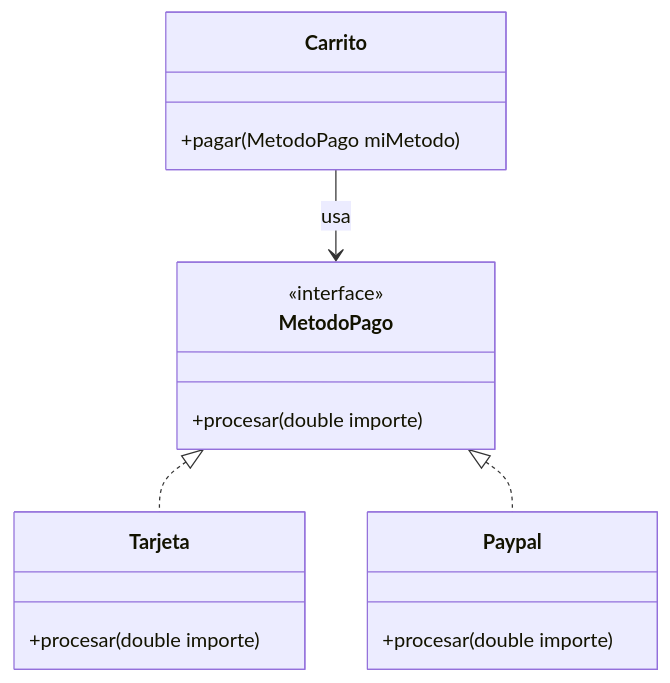
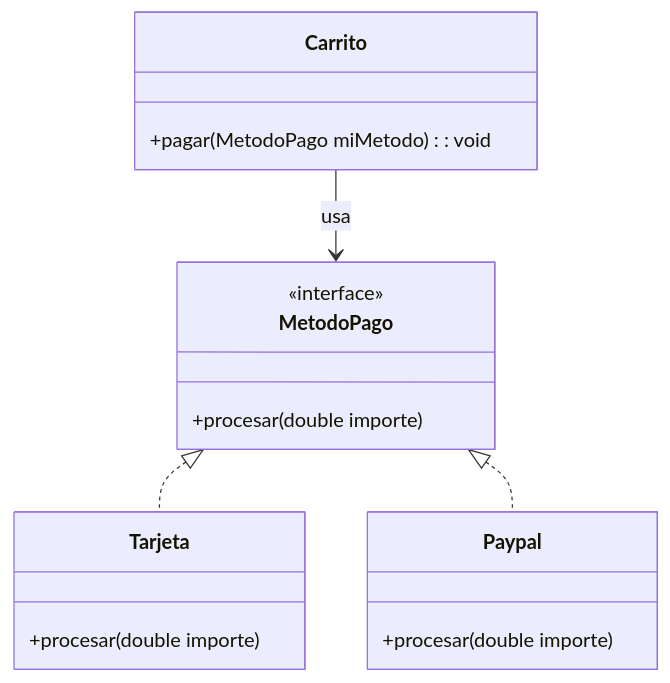
Before and after one commit to dariorumi5/6.2.BateriaDeEjercicios: the fifth of 6 diagrams in README.md, drawn with Mermaid. The commit also changed other lines of this file, not shown here.

````diff
--- a/README.md
+++ b/README.md
@@ -55,23 +55,23 @@
 ```mermaid
 classDiagram
     class MetodoPago {
         <<interface>>
         +procesar(double importe)
     }
 
     class Tarjeta {
         +procesar(double importe)
     }
 
     class Paypal {
         +procesar(double importe)
     }
 
     class Carrito {
-        +pagar(MetodoPago miMetodo)
+        +pagar(MetodoPago miMetodo) : void
     }
 
     MetodoPago <|.. Tarjeta
     MetodoPago <|.. Paypal
     Carrito --> MetodoPago : usa
 ```
````
